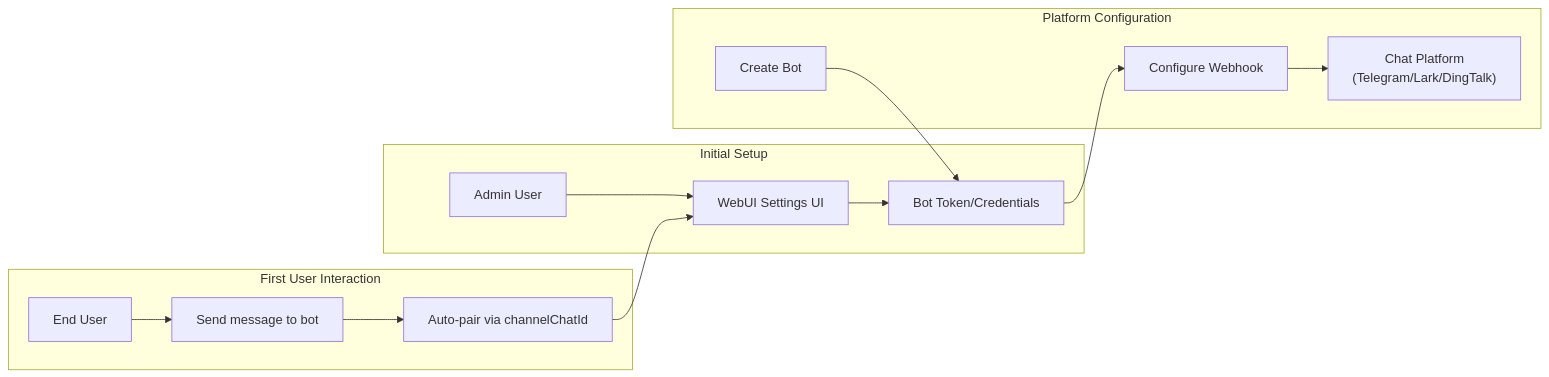
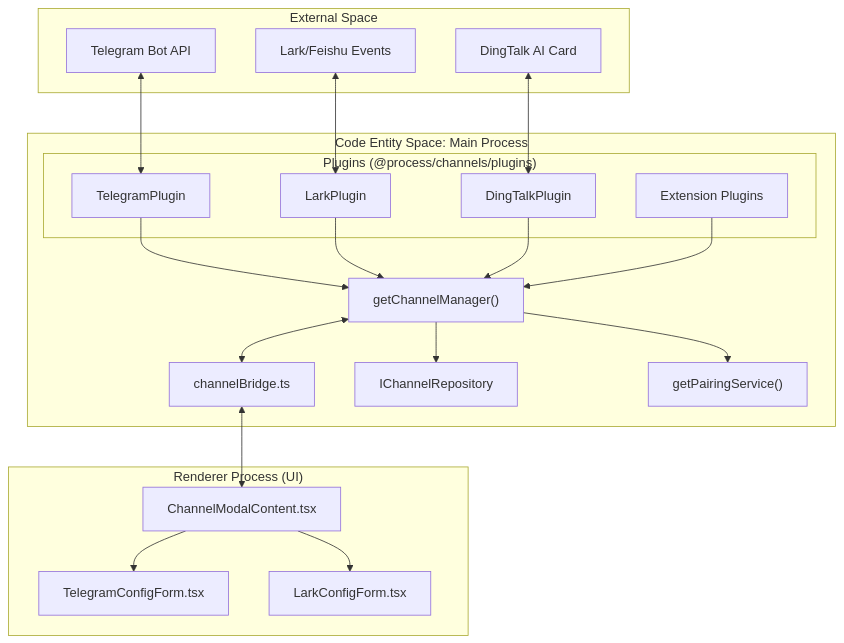
The diagram in docs/iOfficeAI_AionUi/channel-integration/index.md (blackcater/zentree), drawn with Mermaid before and after one commit. The commit also changed other lines of this file and 232 other files, not shown here.

````diff
--- a/docs/iOfficeAI_AionUi/channel-integration/index.md
+++ b/docs/iOfficeAI_AionUi/channel-integration/index.md
@@ -478,30 +49,41 @@
 ```mermaid
-graph LR
-    subgraph "Initial Setup"
-        ADMIN["Admin User"]
-        SETTINGS["WebUI Settings UI"]
-        TOKEN["Bot Token/Credentials"]
+graph TB
+    subgraph "External Space"
+        TG["Telegram Bot API"]
+        LARK["Lark/Feishu Events"]
+        DT["DingTalk AI Card"]
+    end
+    
+    subgraph "Code Entity Space: Main Process"
+        BRIDGE["channelBridge.ts"]
+        MGR["getChannelManager()"]
+        REPO["IChannelRepository"]
+        PAIR["getPairingService()"]
+        
+        subgraph "Plugins (@process/channels/plugins)"
+            TGP["TelegramPlugin"]
+            LKP["LarkPlugin"]
+            DTP["DingTalkPlugin"]
+            EXTP["Extension Plugins"]
+        end
+    end
+    
+    subgraph "Renderer Process (UI)"
+        MODAL["ChannelModalContent.tsx"]
+        TG_FORM["TelegramConfigForm.tsx"]
+        LK_FORM["LarkConfigForm.tsx"]
     end
 
-    subgraph "Platform Configuration"
-        PLATFORM["Chat Platform<br/>(Telegram/Lark/DingTalk)"]
-        BOT["Create Bot"]
-        WEBHOOK_URL["Configure Webhook"]
-    end
-
-    subgraph "First User Interaction"
-        END_USER["End User"]
-        SEND["Send message to bot"]
-        PAIR["Auto-pair via channelChatId"]
-    end
-
-    ADMIN --> SETTINGS
-    SETTINGS --> TOKEN
-    BOT --> TOKEN
-    TOKEN --> WEBHOOK_URL
-    WEBHOOK_URL --> PLATFORM
-
-    END_USER --> SEND
-    SEND --> PAIR
-    PAIR --> SETTINGS
+    TG <--> TGP
+    LARK <--> LKP
+    DT <--> DTP
+    
+    TGP & LKP & DTP & EXTP --> MGR
+    MGR <--> BRIDGE
+    BRIDGE <--> MODAL
+    MODAL --> TG_FORM
+    MODAL --> LK_FORM
+    
+    MGR --> REPO
+    MGR --> PAIR
 ```
````
